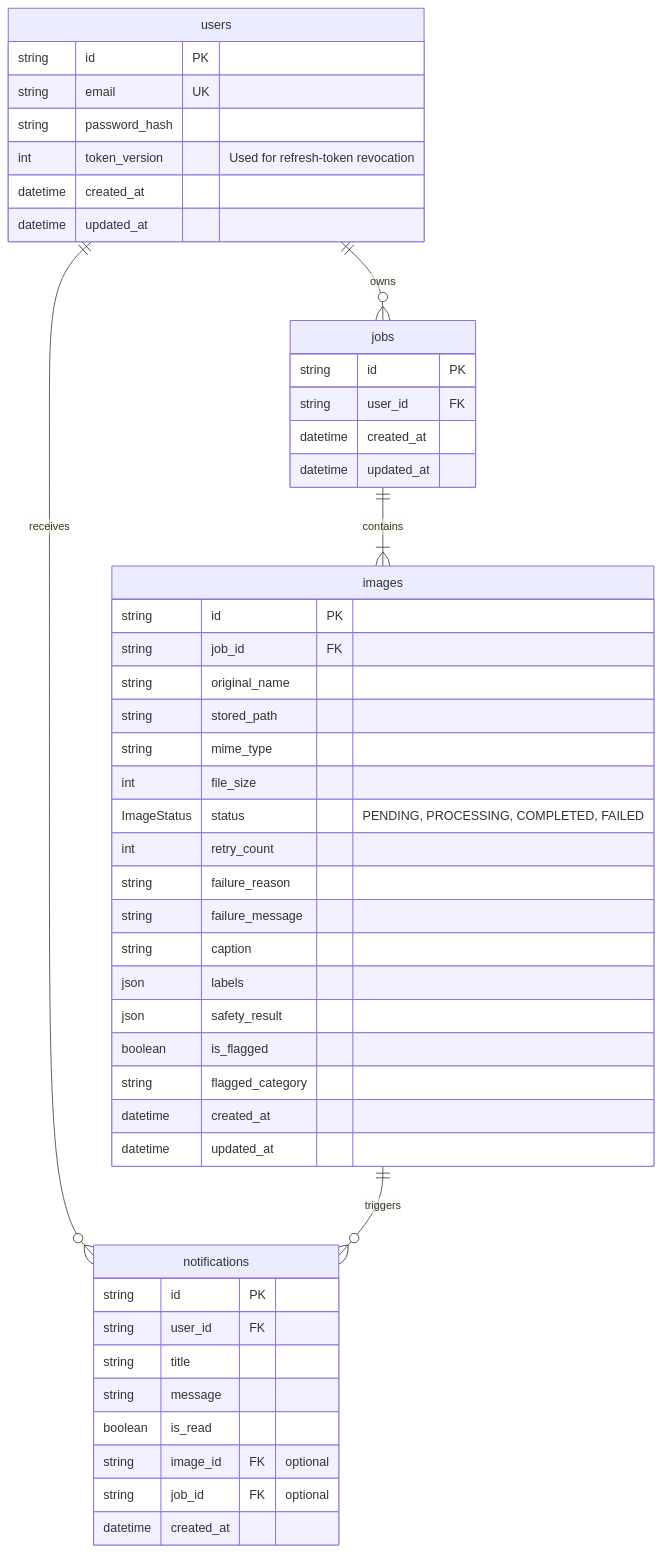
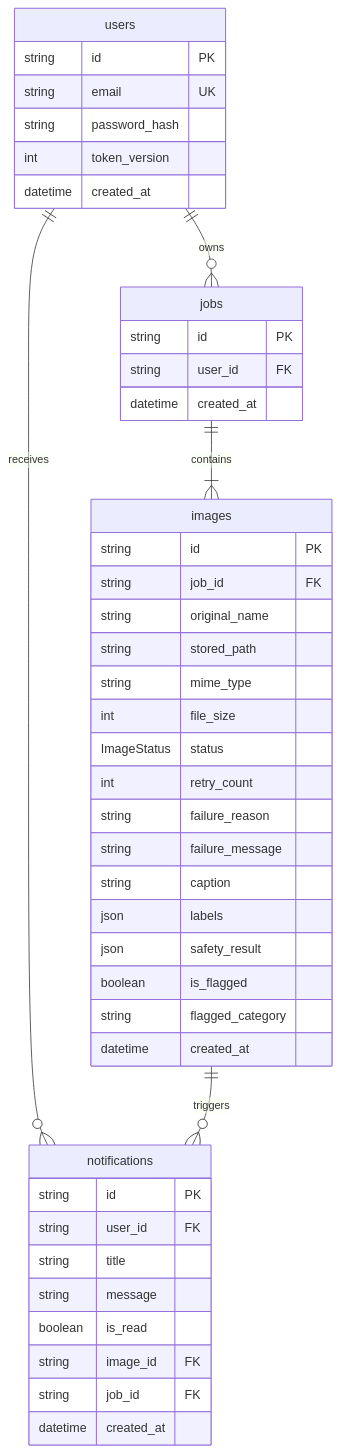
One commit to bhumitschaudhry/AMPM changed the second of 4 diagrams in architecture.md. Above: the diagram before and after it, drawn with Mermaid. The commit also changed other lines of this file and 2 other files, not shown here.

````diff
--- a/architecture.md
+++ b/architecture.md
@@ -69,54 +38,48 @@
 ```mermaid
 erDiagram
     users ||--o{ jobs : owns
     users ||--o{ notifications : receives
     jobs ||--|{ images : contains
     images ||--o{ notifications : triggers
 
     users {
         string id PK
         string email UK
         string password_hash
-        int token_version "Used for refresh-token revocation"
+        int token_version
         datetime created_at
-        datetime updated_at
     }
-
     jobs {
         string id PK
         string user_id FK
         datetime created_at
-        datetime updated_at
     }
-
     images {
         string id PK
         string job_id FK
         string original_name
         string stored_path
         string mime_type
         int file_size
-        ImageStatus status "PENDING, PROCESSING, COMPLETED, FAILED"
+        ImageStatus status
         int retry_count
         string failure_reason
         string failure_message
         string caption
         json labels
         json safety_result
         boolean is_flagged
         string flagged_category
         datetime created_at
-        datetime updated_at
     }
-
     notifications {
         string id PK
         string user_id FK
         string title
         string message
         boolean is_read
-        string image_id FK "optional"
-        string job_id FK "optional"
+        string image_id FK
+        string job_id FK
         datetime created_at
     }
 ```
````
